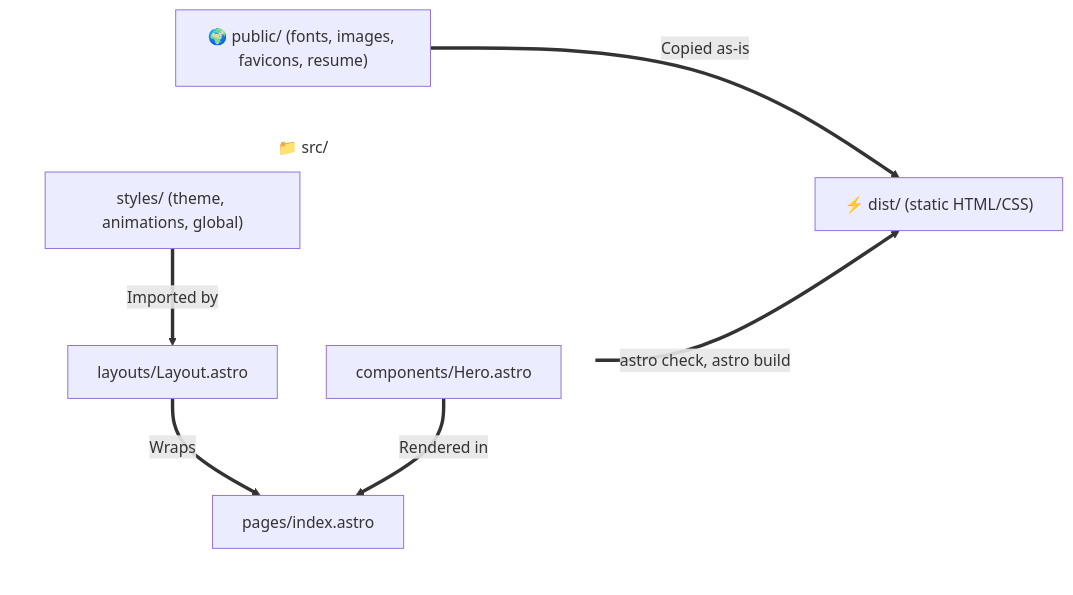
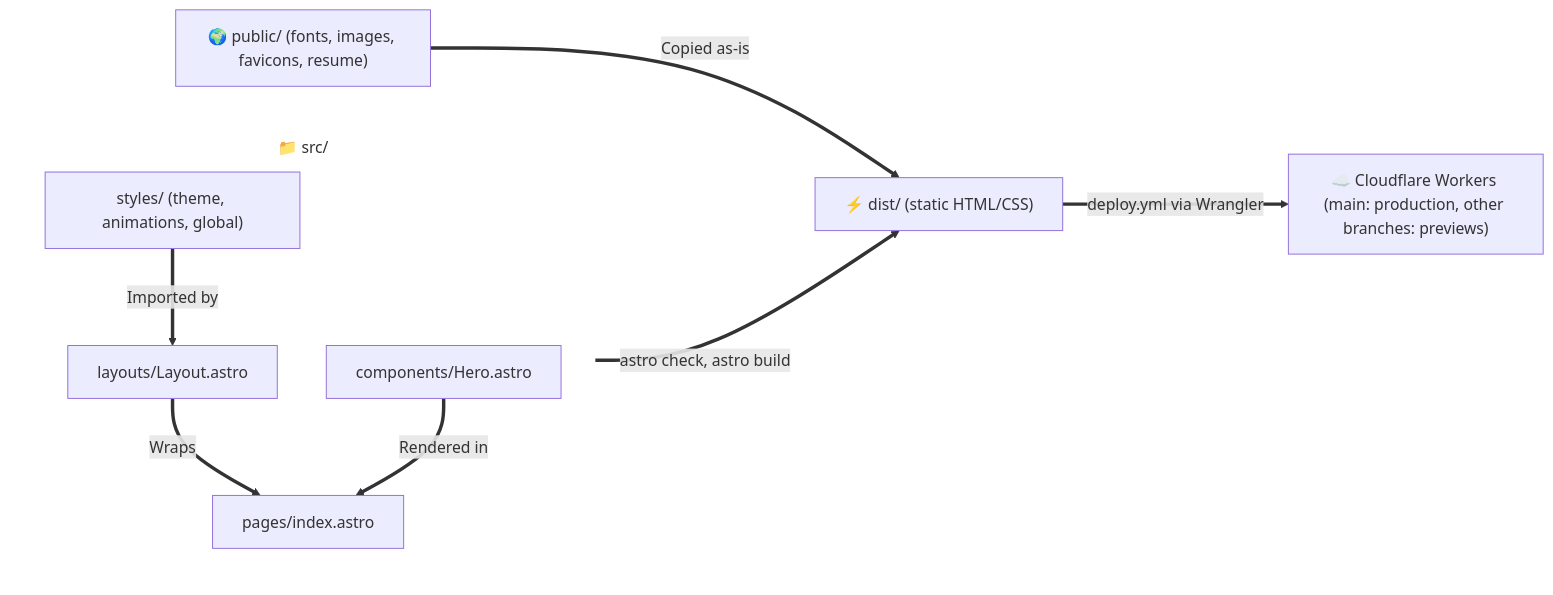
The diagram in docs/architecture.md (adiozeshitemi/adioz-profile), drawn with Mermaid before and after one commit. The commit also changed other lines of this file and 2 other files, not shown here.

````diff
--- a/docs/architecture.md
+++ b/docs/architecture.md
@@ -9,22 +9,23 @@
 ```mermaid
 flowchart LR
     %% Define invisible styling for subgraphs to remove backgrounds and borders
     classDef transparent fill:none,stroke:none;
 
     subgraph Src ["📁 src/"]
         direction TB
         Styles["styles/ (theme, animations, global)"]
         Layout["layouts/Layout.astro"]
         Hero["components/Hero.astro"]
         Page["pages/index.astro"]
     end
 
     Styles ==>|Imported by| Layout
     Layout ==>|Wraps| Page
     Hero ==>|Rendered in| Page
     Page ==>|astro check, astro build| Dist["⚡ dist/ (static HTML/CSS)"]
     Public["🌍 public/ (fonts, images, favicons, resume)"] ==>|Copied as-is| Dist
+    Dist ==>|deploy.yml via Wrangler| Workers["☁️ Cloudflare Workers (main: production, other branches: previews)"]
 
     %% Apply transparent class to subgraphs
     class Src transparent;
 ```
````
